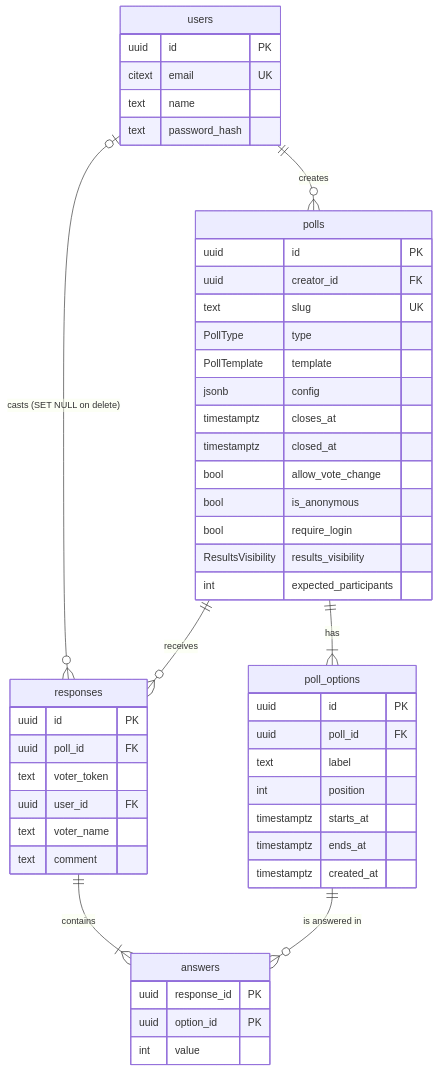
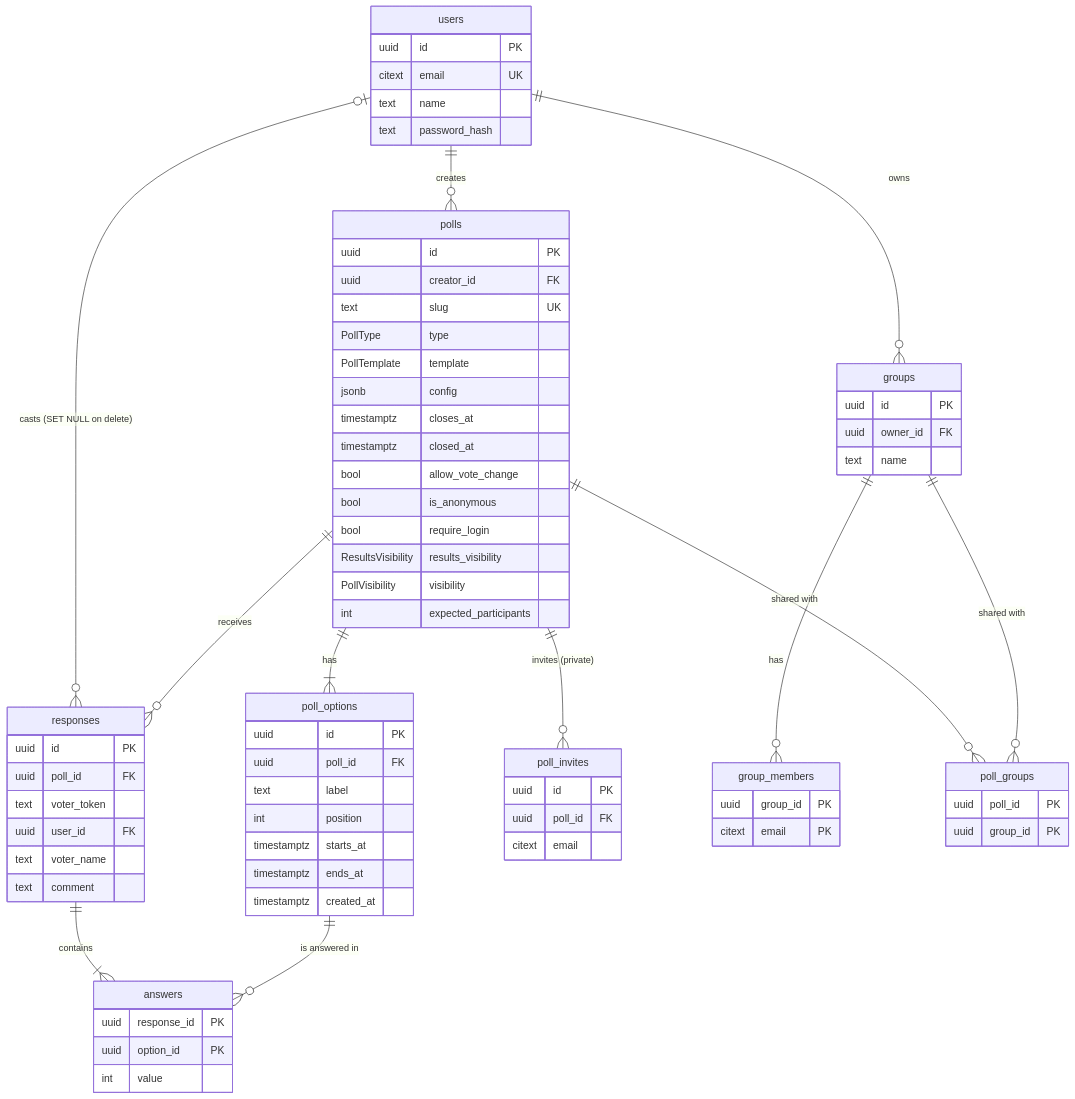
Before and after one commit to jaykeraliya0/poller: the second of 2 diagrams in README.md, drawn with Mermaid. The commit also changed other lines of this file and 59 other files, not shown here.

First line of the commit message:
feat: add private polls and creator-owned groups

````diff
--- a/README.md
+++ b/README.md
@@ -117,53 +120,77 @@
 ```mermaid
 erDiagram
   users ||--o{ polls : creates
   users |o--o{ responses : "casts (SET NULL on delete)"
   polls ||--|{ poll_options : has
   polls ||--o{ responses : receives
   responses ||--|{ answers : contains
   poll_options ||--o{ answers : "is answered in"
+  polls ||--o{ poll_invites : "invites (private)"
+  users ||--o{ groups : owns
+  groups ||--o{ group_members : has
+  polls ||--o{ poll_groups : "shared with"
+  groups ||--o{ poll_groups : "shared with"
 
   users {
     uuid id PK
     citext email UK
     text name
     text password_hash
   }
   polls {
     uuid id PK
     uuid creator_id FK
     text slug UK
     PollType type
     PollTemplate template
     jsonb config
     timestamptz closes_at
     timestamptz closed_at
     bool allow_vote_change
     bool is_anonymous
     bool require_login
     ResultsVisibility results_visibility
+    PollVisibility visibility
     int expected_participants
+  }
+  poll_invites {
+    uuid id PK
+    uuid poll_id FK
+    citext email
+  }
+  groups {
+    uuid id PK
+    uuid owner_id FK
+    text name
+  }
+  group_members {
+    uuid group_id PK
+    citext email PK
+  }
+  poll_groups {
+    uuid poll_id PK
+    uuid group_id PK
   }
   poll_options {
     uuid id PK
     uuid poll_id FK
     text label
     int position
     timestamptz starts_at
     timestamptz ends_at
     timestamptz created_at
   }
   responses {
     uuid id PK
     uuid poll_id FK
     text voter_token
     uuid user_id FK
     text voter_name
     text comment
   }
   answers {
     uuid response_id PK
     uuid option_id PK
     int value
   }
 ```
````
